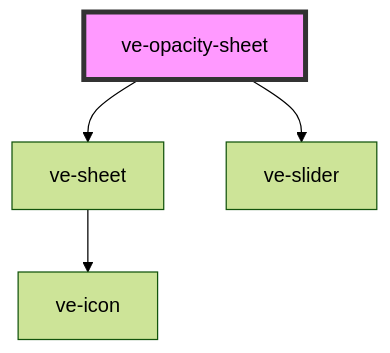
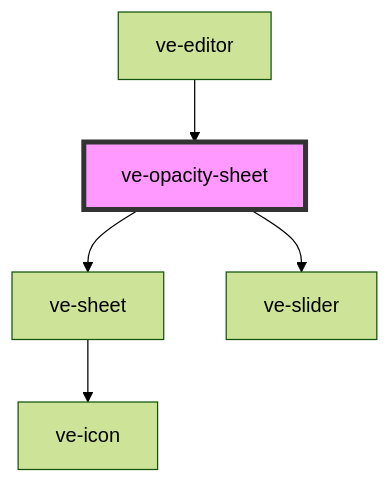
One commit to dotnetdreamer/capacitor-video-kit changed the diagram in src/components/ve-opacity-sheet/readme.md. Above: the diagram before and after it, drawn with Mermaid (forest theme). The commit also changed other lines of this file and 38 other files, not shown here.

````diff
--- a/src/components/ve-opacity-sheet/readme.md
+++ b/src/components/ve-opacity-sheet/readme.md
@@ -32,7 +36,8 @@
 ```mermaid
 graph TD;
   ve-opacity-sheet --> ve-sheet
   ve-opacity-sheet --> ve-slider
   ve-sheet --> ve-icon
+  ve-editor --> ve-opacity-sheet
   style ve-opacity-sheet fill:#f9f,stroke:#333,stroke-width:4px
 ```
````
